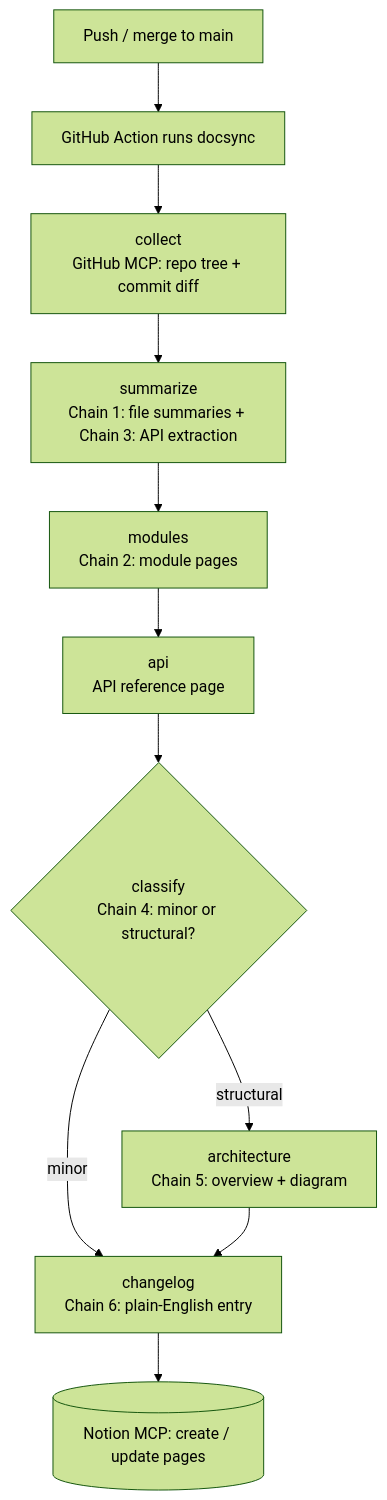
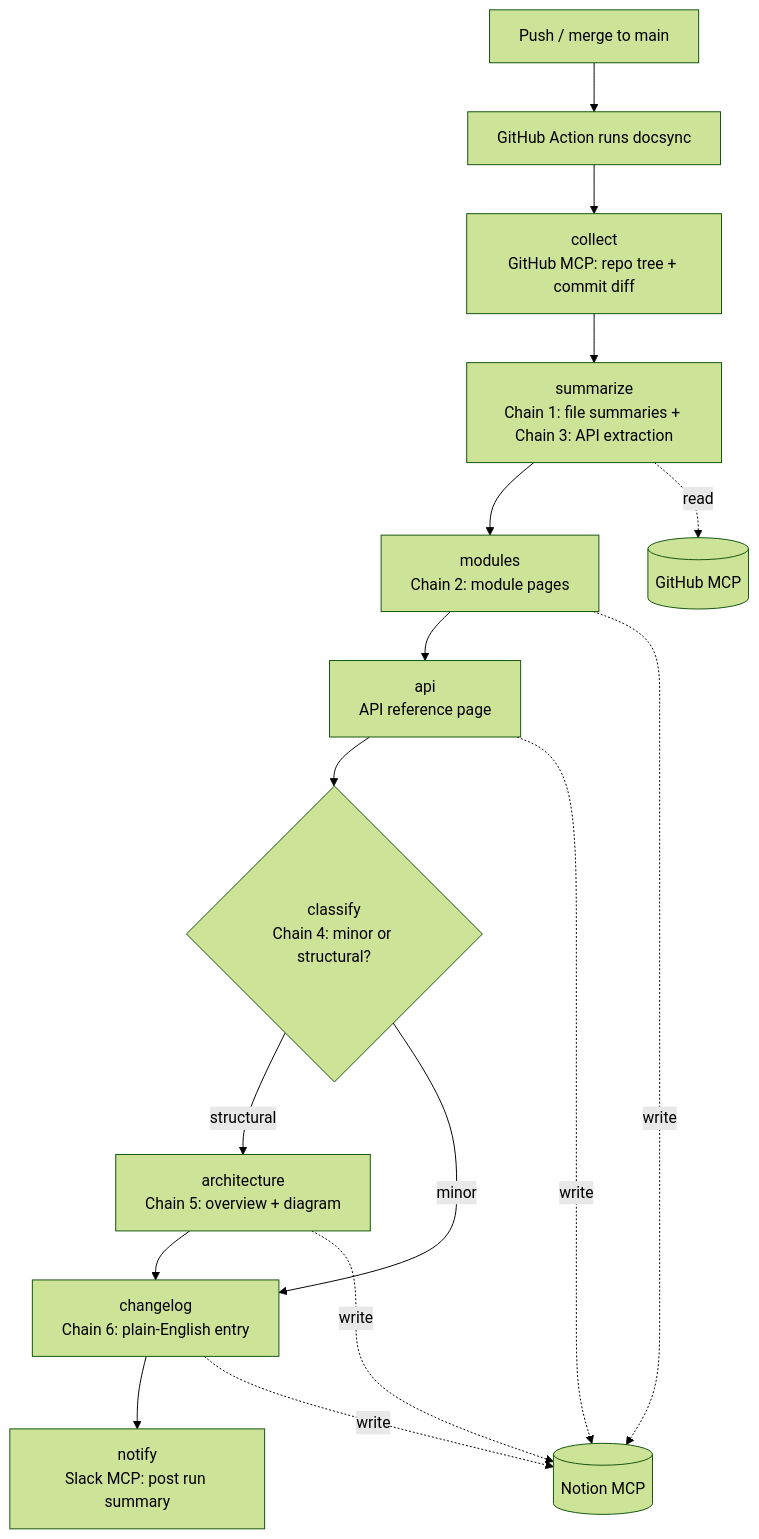
One commit to chakradhar91085/DocSync changed the diagram in README.md. Above: the diagram before and after it, drawn with Mermaid (forest theme). The commit also changed other lines of this file and 8 other files, not shown here.

First line of the commit message:
Add Slack notifications via Slack MCP

````diff
--- a/README.md
+++ b/README.md
@@ -29,13 +45,18 @@
 ```mermaid
 flowchart TD
     A[Push / merge to main] --> B[GitHub Action runs docsync]
     B --> C[collect<br/>GitHub MCP: repo tree + commit diff]
     C --> D[summarize<br/>Chain 1: file summaries + Chain 3: API extraction]
     D --> E[modules<br/>Chain 2: module pages]
     E --> F[api<br/>API reference page]
     F --> G{classify<br/>Chain 4: minor or structural?}
     G -- structural --> H[architecture<br/>Chain 5: overview + diagram]
     G -- minor --> I[changelog<br/>Chain 6: plain-English entry]
     H --> I
-    I --> J[(Notion MCP: create / update pages)]
+    I --> K[notify<br/>Slack MCP: post run summary]
+    D -. read .-> X[(GitHub MCP)]
+    E -. write .-> J[(Notion MCP)]
+    F -. write .-> J
+    H -. write .-> J
+    I -. write .-> J
 ```
````
